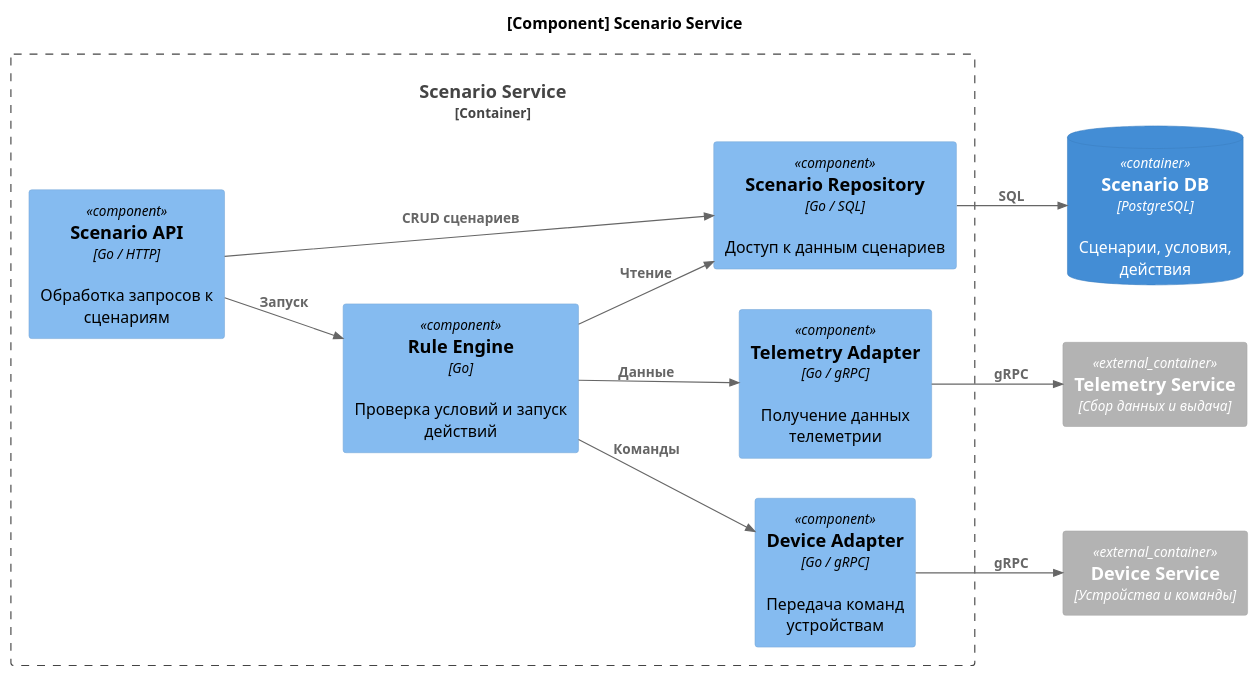
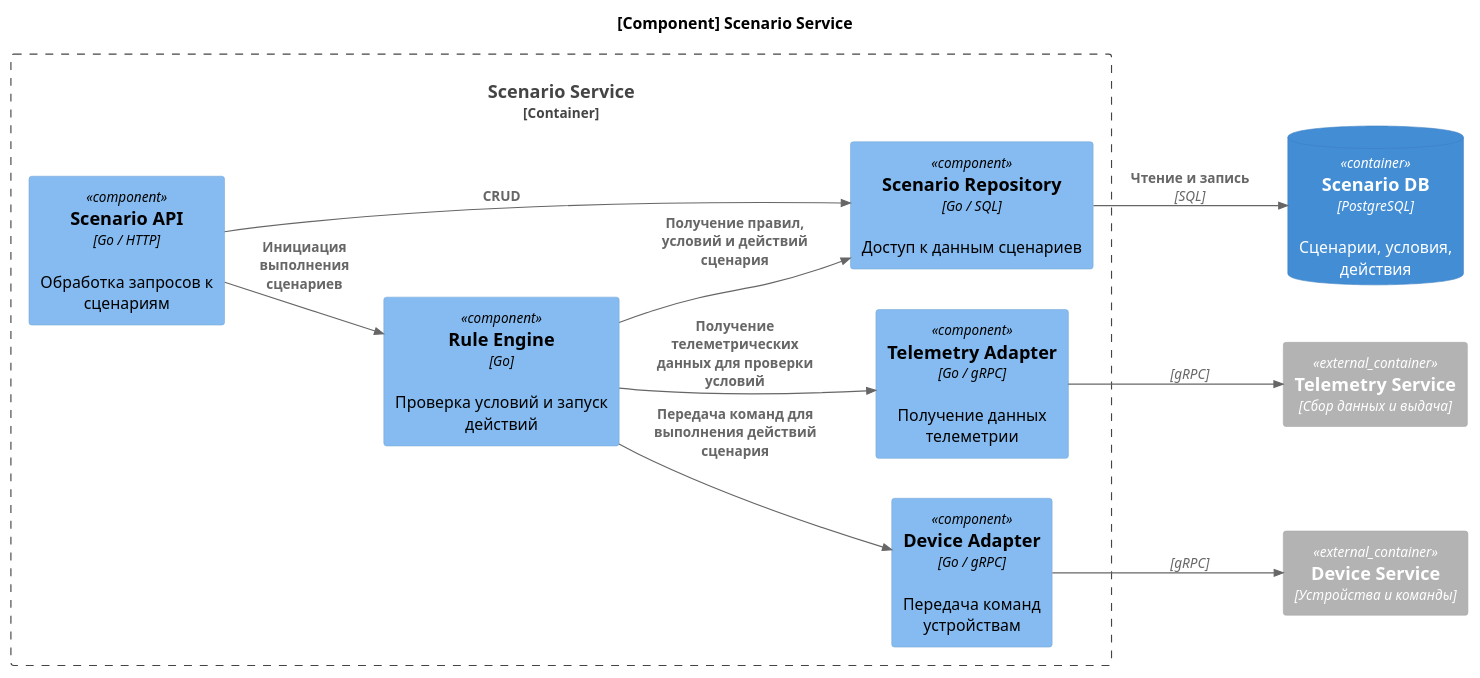
Before and after one commit to mashkust/architecture-warmhouse: the diagram in docs/ScenarioComponent.md, drawn with PlantUML. The commit also changed 6 other files, not shown here.

````diff
--- a/docs/ScenarioComponent.md
+++ b/docs/ScenarioComponent.md
@@ -1,36 +1,36 @@
 ```puml
 @startuml
 !include https://raw.githubusercontent.com/plantuml-stdlib/C4-PlantUML/master/C4_Component.puml
 
 LAYOUT_LEFT_RIGHT()
 
 title [Component] Scenario Service
 
 Container_Boundary(scenario_service, "Scenario Service") {
     Component(scenario_api, "Scenario API", "Go / HTTP", "Обработка запросов к сценариям")
     Component(rule_engine, "Rule Engine", "Go", "Проверка условий и запуск действий")
     Component(scenario_repository, "Scenario Repository", "Go / SQL", "Доступ к данным сценариев")
     Component(telemetry_adapter, "Telemetry Adapter", "Go / gRPC", "Получение данных телеметрии")
     Component(device_adapter, "Device Adapter", "Go / gRPC", "Передача команд устройствам")
 }
 
 ContainerDb(scenario_db, "Scenario DB", "PostgreSQL", "Сценарии, условия, действия")
 
 Container_Ext(telemetry_service, "Telemetry Service", "Сбор данных и выдача")
 Container_Ext(device_service, "Device Service", "Устройства и команды")
 
 
-Rel(scenario_api, scenario_repository, "CRUD сценариев")
-Rel(scenario_api, rule_engine, "Запуск")
+Rel(scenario_api, scenario_repository, "CRUD")
+Rel(scenario_api, rule_engine, "Инициация выполнения сценариев")
 
-Rel(rule_engine, scenario_repository, "Чтение")
-Rel(rule_engine, telemetry_adapter, "Данные")
-Rel(rule_engine, device_adapter, "Команды")
+Rel(rule_engine, scenario_repository, "Получение правил, условий и действий сценария")
+Rel(rule_engine, telemetry_adapter, "Получение телеметрических данных для проверки условий")
+Rel(rule_engine, device_adapter, "Передача команд для выполнения действий сценария")
 
-Rel(scenario_repository, scenario_db, "SQL")
-Rel(telemetry_adapter, telemetry_service, "gRPC")
-Rel(device_adapter, device_service, "gRPC")
+Rel(scenario_repository, scenario_db, "Чтение и запись", "SQL")
+Rel(telemetry_adapter, telemetry_service, "", "gRPC")
+Rel(device_adapter, device_service, "", "gRPC")
 
 @enduml
 
 ```
````
